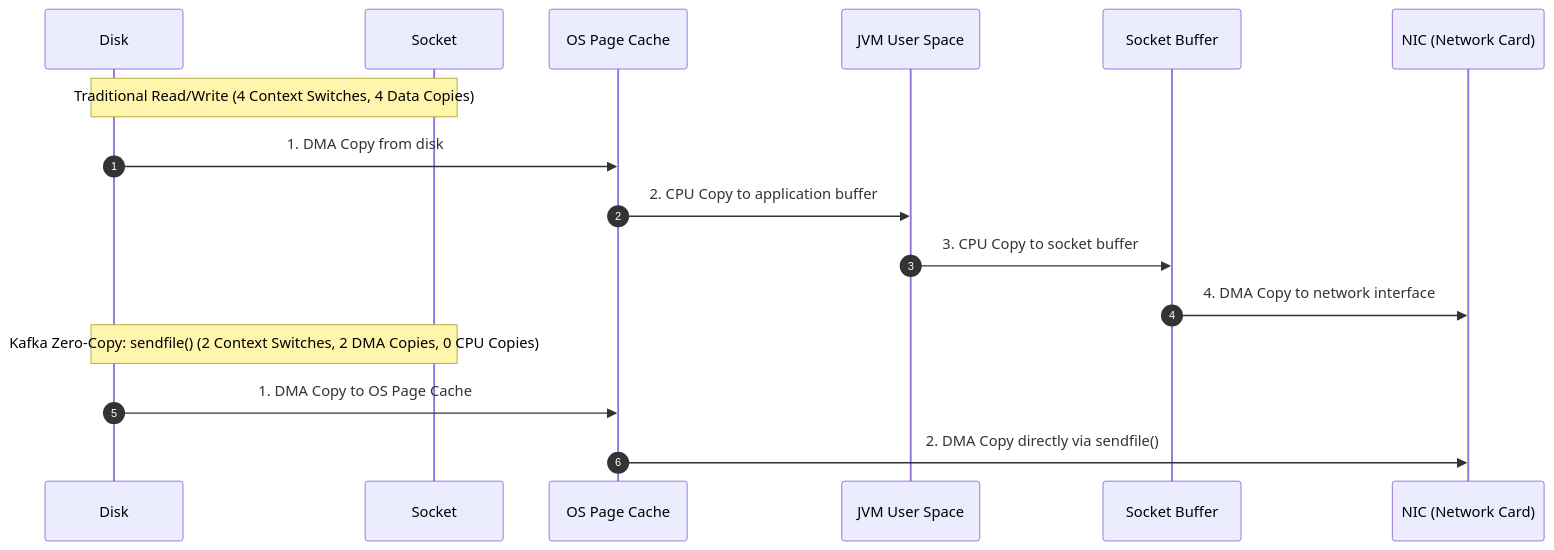
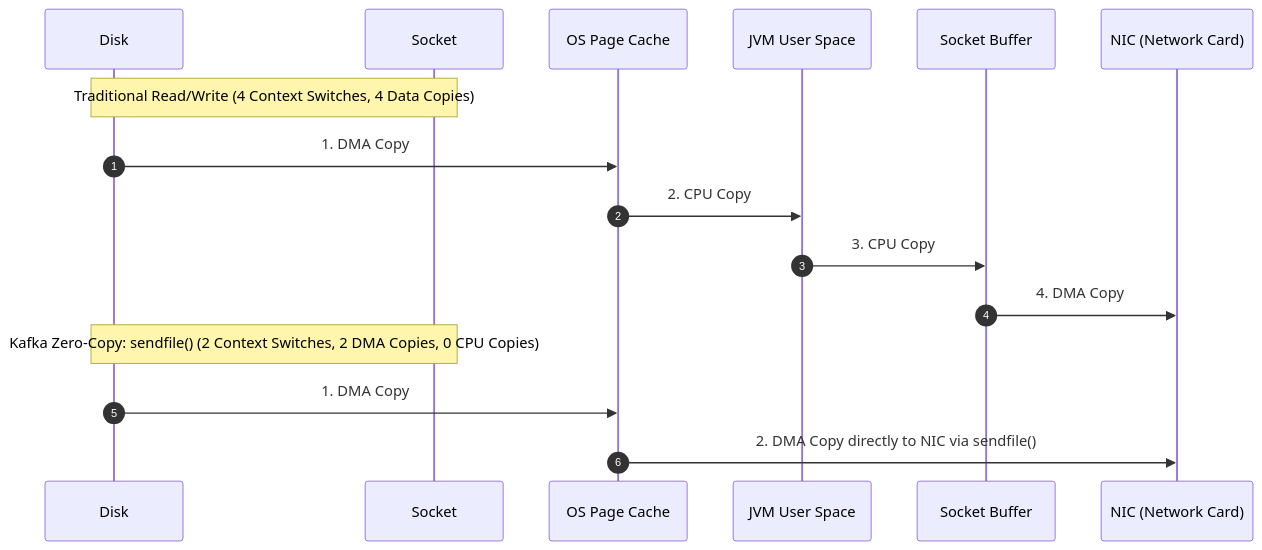
One commit to PandeyKishan/Study-Notes changed the second of 4 diagrams in 03-Apache-Kafka/01-Architecture-and-Log-Internals.md. Above: the diagram before and after it, drawn with Mermaid. The commit also changed other lines of this file and 38 other files, not shown here.

````diff
--- a/03-Apache-Kafka/01-Architecture-and-Log-Internals.md
+++ b/03-Apache-Kafka/01-Architecture-and-Log-Internals.md
@@ -45,13 +47,13 @@
 ```mermaid
 sequenceDiagram
     autonumber
     Note over Disk,Socket: Traditional Read/Write (4 Context Switches, 4 Data Copies)
-    Disk->>OS Page Cache: 1. DMA Copy from disk
-    OS Page Cache->>JVM User Space: 2. CPU Copy to application buffer
-    JVM User Space->>Socket Buffer: 3. CPU Copy to socket buffer
-    Socket Buffer->>NIC (Network Card): 4. DMA Copy to network interface
+    Disk->>OS Page Cache: 1. DMA Copy
+    OS Page Cache->>JVM User Space: 2. CPU Copy
+    JVM User Space->>Socket Buffer: 3. CPU Copy
+    Socket Buffer->>NIC (Network Card): 4. DMA Copy
 
     Note over Disk,Socket: Kafka Zero-Copy: sendfile() (2 Context Switches, 2 DMA Copies, 0 CPU Copies)
-    Disk->>OS Page Cache: 1. DMA Copy to OS Page Cache
-    OS Page Cache->>NIC (Network Card): 2. DMA Copy directly via sendfile()
+    Disk->>OS Page Cache: 1. DMA Copy
+    OS Page Cache->>NIC (Network Card): 2. DMA Copy directly to NIC via sendfile()
 ```
````
